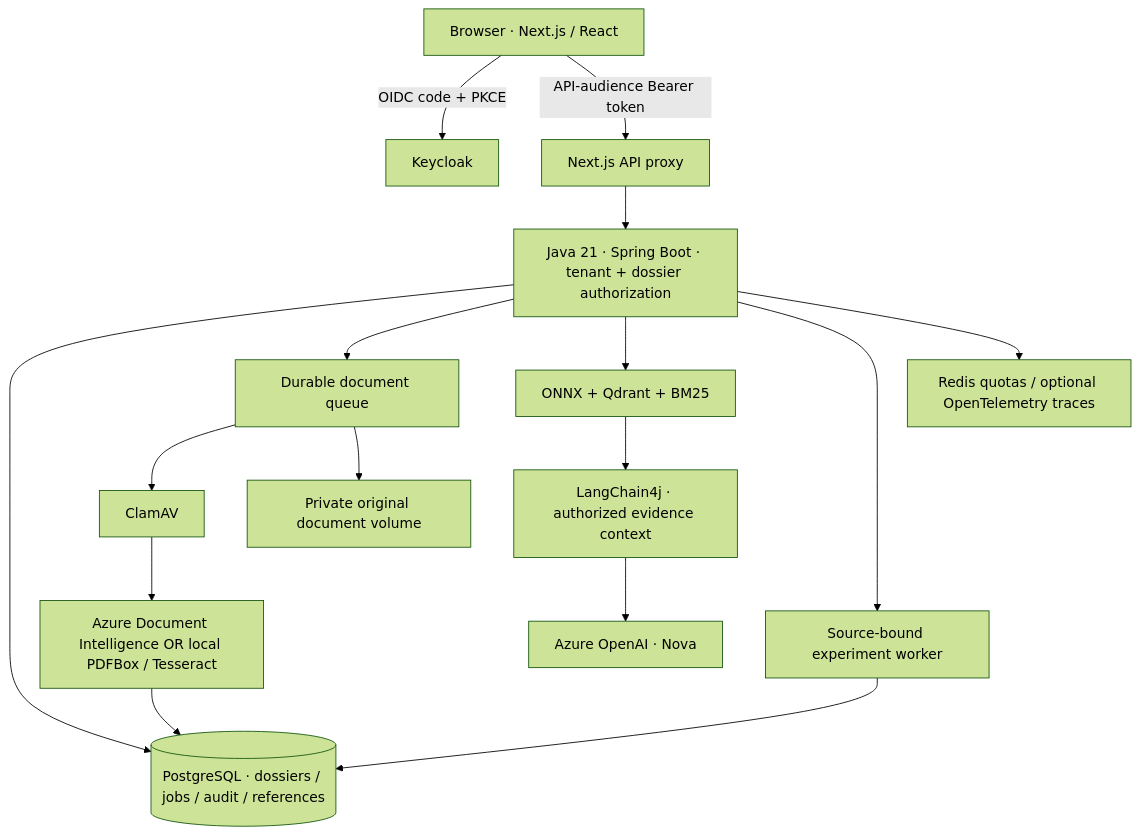
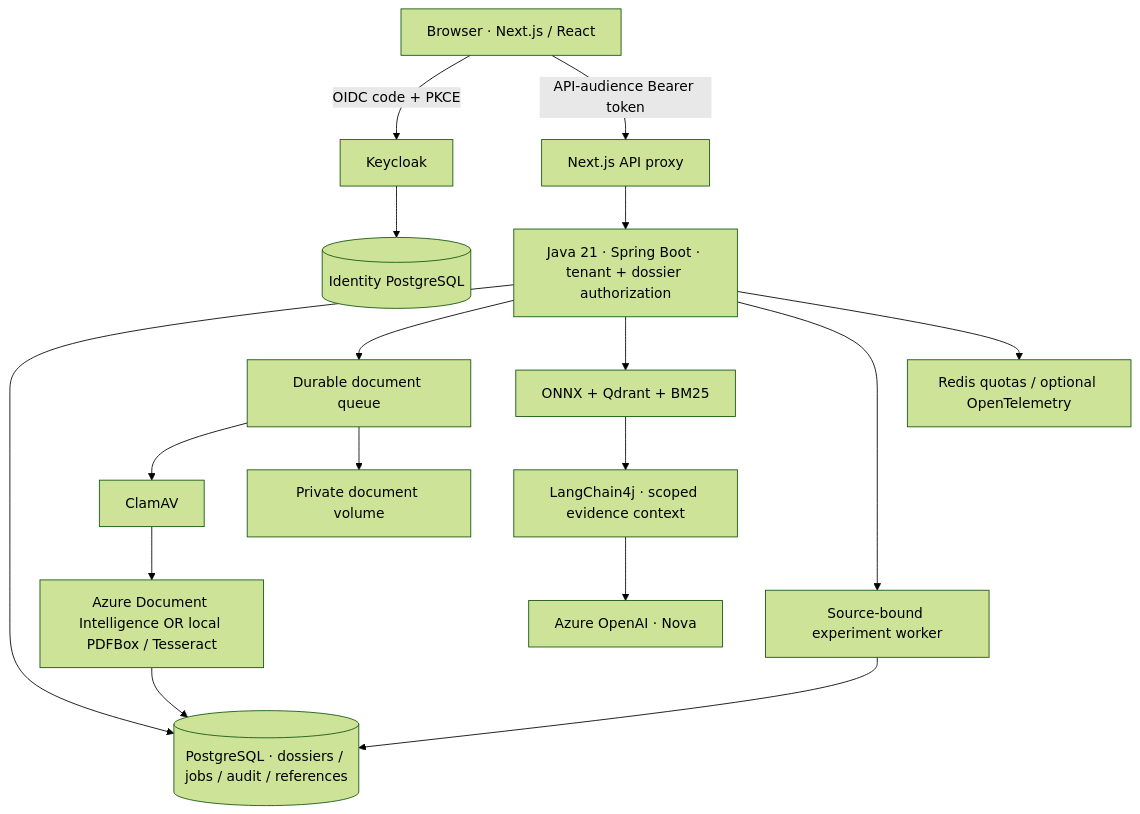
The diagram in README.md (quocvietphung/document-intelligence-lab), drawn with Mermaid (forest theme) before and after one commit. The commit also changed other lines of this file and 94 other files, not shown here.

````diff
--- a/README.md
+++ b/README.md
@@ -123,18 +147,19 @@
 ```mermaid
 flowchart TD
     U[Browser · Next.js / React] -->|OIDC code + PKCE| K[Keycloak]
     U -->|API-audience Bearer token| N[Next.js API proxy]
+    K --> I[(Identity PostgreSQL)]
     N --> J[Java 21 · Spring Boot · tenant + dossier authorization]
     J --> P[(PostgreSQL · dossiers / jobs / audit / references)]
     J --> Q[Durable document queue]
     Q --> V[ClamAV]
     V --> D[Azure Document Intelligence OR local PDFBox / Tesseract]
-    Q --> S[Private original document volume]
+    Q --> S[Private document volume]
     D --> P
     J --> R[ONNX + Qdrant + BM25]
-    R --> L[LangChain4j · authorized evidence context]
+    R --> L[LangChain4j · scoped evidence context]
     L --> O[Azure OpenAI · Nova]
     J --> E[Source-bound experiment worker]
     E --> P
-    J --> X[Redis quotas / optional OpenTelemetry traces]
+    J --> X[Redis quotas / optional OpenTelemetry]
 ```
````
